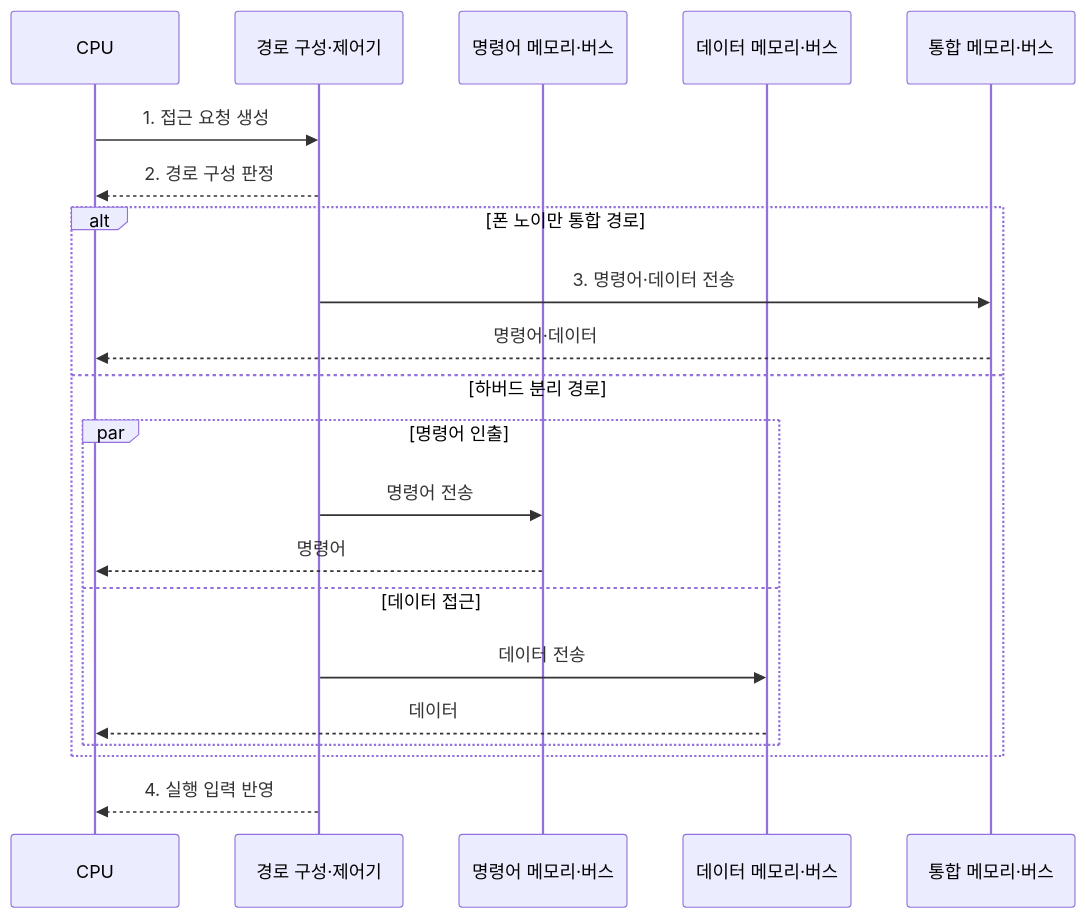
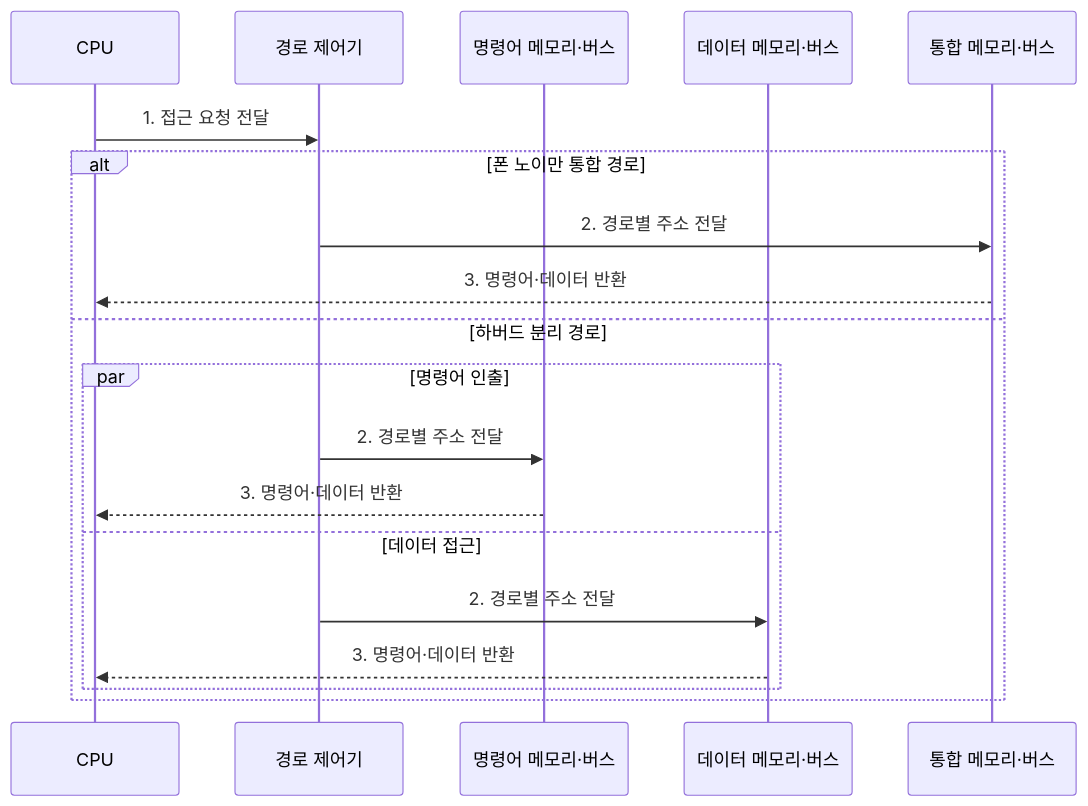
The second of 2 diagrams in src/content/docs/notes/02-hardware/001_von_neumann_vs_harvard.md (agnusdei1207/knowledge-base), drawn with Mermaid before and after one commit. The commit also changed other lines of this file and 20 other files, not shown here.

````diff
--- a/src/content/docs/notes/02-hardware/001_von_neumann_vs_harvard.md
+++ b/src/content/docs/notes/02-hardware/001_von_neumann_vs_harvard.md
@@ -84,23 +82,21 @@
 ```mermaid
 sequenceDiagram
     participant C as CPU
-    participant P as 경로 구성·제어기
+    participant P as 경로 제어기
     participant I as 명령어 메모리·버스
     participant D as 데이터 메모리·버스
     participant M as 통합 메모리·버스
-    C->>P: 1. 접근 요청 생성
-    P-->>C: 2. 경로 구성 판정
+    C->>P: 1. 접근 요청 전달
     alt 폰 노이만 통합 경로
-        P->>M: 3. 명령어·데이터 전송
-        M-->>C: 명령어·데이터
+        P->>M: 2. 경로별 주소 전달
+        M-->>C: 3. 명령어·데이터 반환
     else 하버드 분리 경로
         par 명령어 인출
-            P->>I: 명령어 전송
-            I-->>C: 명령어
+            P->>I: 2. 경로별 주소 전달
+            I-->>C: 3. 명령어·데이터 반환
         and 데이터 접근
-            P->>D: 데이터 전송
-            D-->>C: 데이터
+            P->>D: 2. 경로별 주소 전달
+            D-->>C: 3. 명령어·데이터 반환
         end
     end
-    P-->>C: 4. 실행 입력 반영
 ```
````
